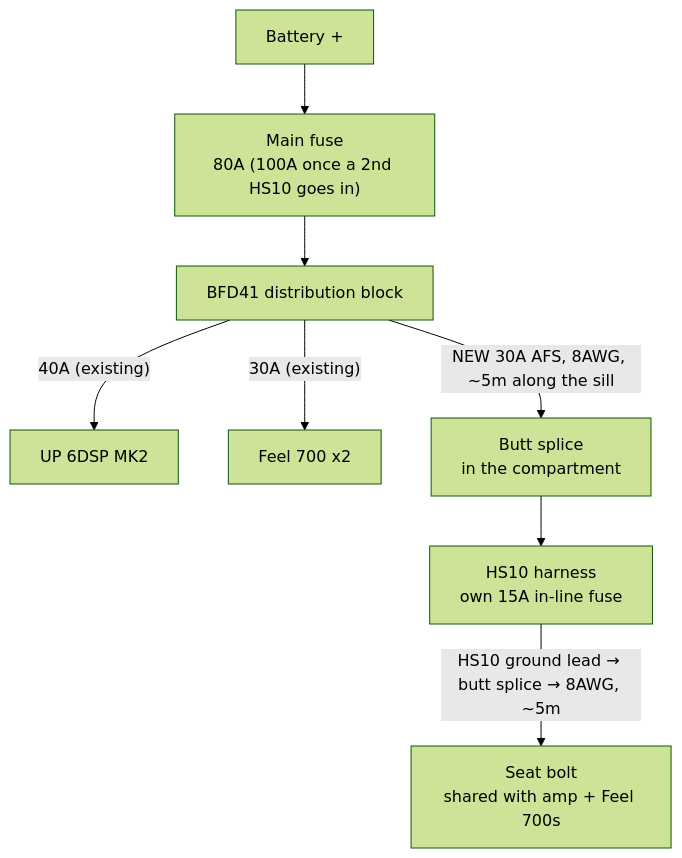
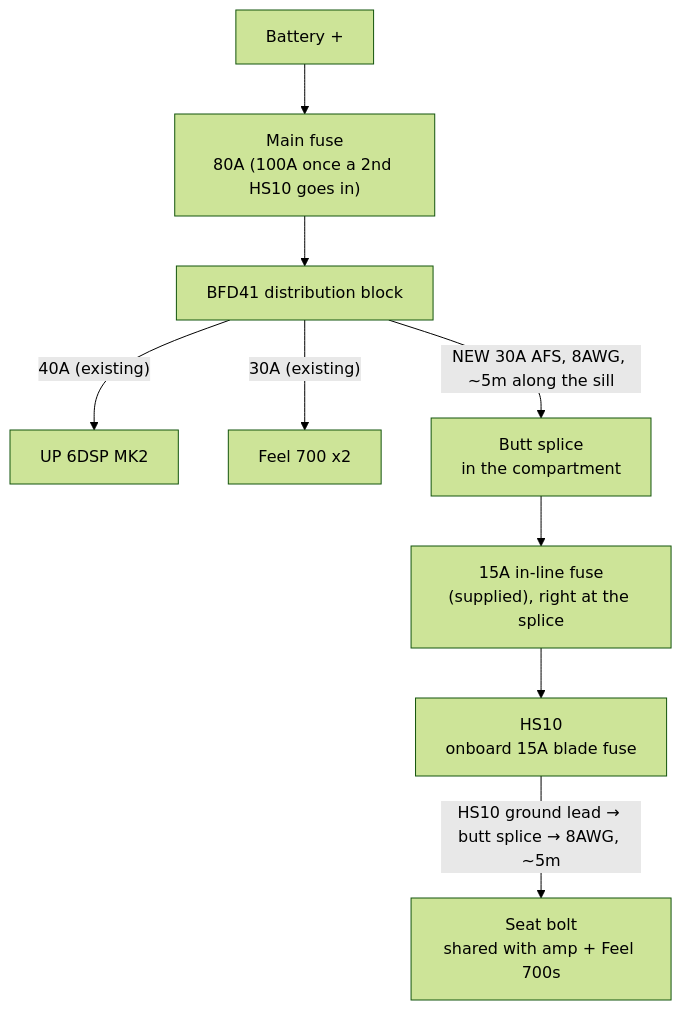
One commit to badsyntax/jimny-sound changed the first of 2 diagrams in SUB-UPGRADE.md. Above: the diagram before and after it, drawn with Mermaid (forest theme). The commit also changed other lines of this file, not shown here.

First line of the commit message:
Sub upgrade: fuse placement, seat-bolt terminal fix, owned crimper

````diff
--- a/SUB-UPGRADE.md
+++ b/SUB-UPGRADE.md
@@ -65,10 +65,11 @@
 ```mermaid
 flowchart TD
     BAT["Battery +"] --> FFH["Main fuse<br/>80A (100A once a 2nd HS10 goes in)"]
     FFH --> BFD["BFD41 distribution block"]
     BFD -->|"40A (existing)"| AMP["UP 6DSP MK2"]
     BFD -->|"30A (existing)"| FEEL["Feel 700 x2"]
     BFD -->|"NEW 30A AFS, 8AWG, ~5m along the sill"| SPL["Butt splice<br/>in the compartment"]
-    SPL --> HS["HS10 harness<br/>own 15A in-line fuse"]
+    SPL --> FUSE["15A in-line fuse<br/>(supplied), right at the splice"]
+    FUSE --> HS["HS10<br/>onboard 15A blade fuse"]
     HS -->|"HS10 ground lead → butt splice → 8AWG, ~5m"| GND["Seat bolt<br/>shared with amp + Feel 700s"]
 ```
````
